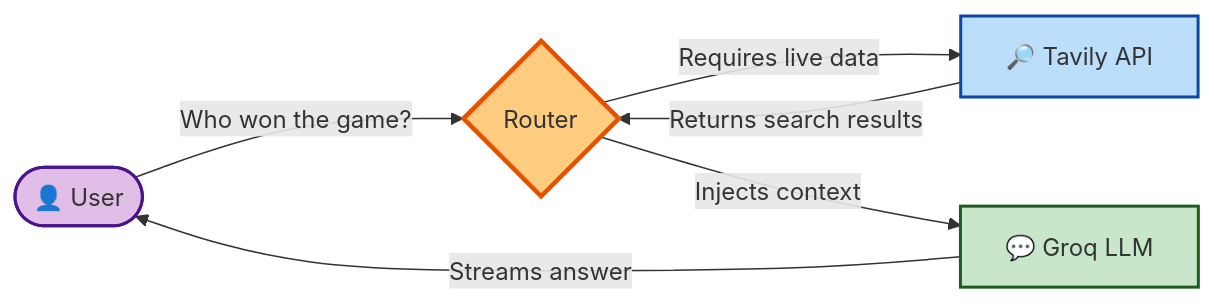
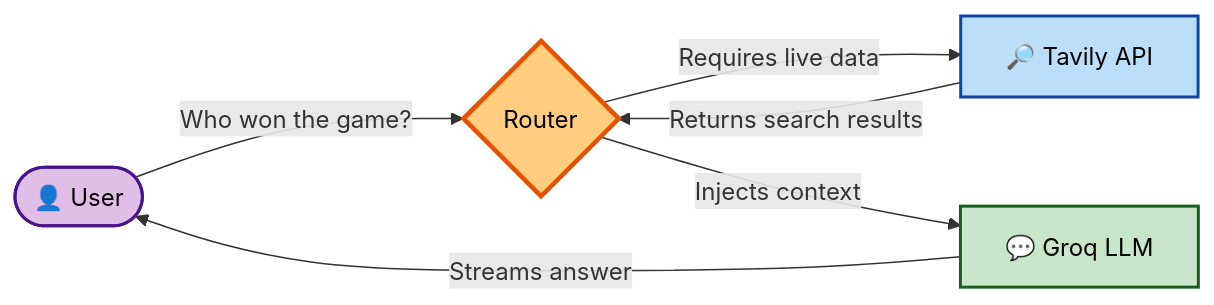
One commit to amanshukla2004/Agentic_ChatBot changed the second of 4 diagrams in README.md. Above: the diagram before and after it, drawn with Mermaid. The commit also changed other lines of this file, not shown here.

Commit message:
style: update Mermaid diagram labels with black text and restructure project directory documentation

````diff
--- a/README.md
+++ b/README.md
@@ -74,13 +74,13 @@
 ```mermaid
 graph LR
-    classDef user fill:#e1bee7,stroke:#4a148c,stroke-width:2px;
-    classDef router fill:#ffcc80,stroke:#e65100,stroke-width:3px;
-    classDef tool fill:#bbdefb,stroke:#0d47a1,stroke-width:2px;
-    classDef llm fill:#c8e6c9,stroke:#1b5e20,stroke-width:2px;
+    classDef user fill:#e1bee7,stroke:#4a148c,stroke-width:2px,color:#000;
+    classDef router fill:#ffcc80,stroke:#e65100,stroke-width:3px,color:#000;
+    classDef tool fill:#bbdefb,stroke:#0d47a1,stroke-width:2px,color:#000;
+    classDef llm fill:#c8e6c9,stroke:#1b5e20,stroke-width:2px,color:#000;
  
     U(["👤 User"]):::user -->|"Who won the game?"| R{"Router"}:::router
     R -->|"Requires live data"| T["🔎 Tavily API"]:::tool
     T -->|"Returns search results"| R
     R -->|"Injects context"| L["💬 Groq LLM"]:::llm
     L -->|"Streams answer"| U
 ```
````
